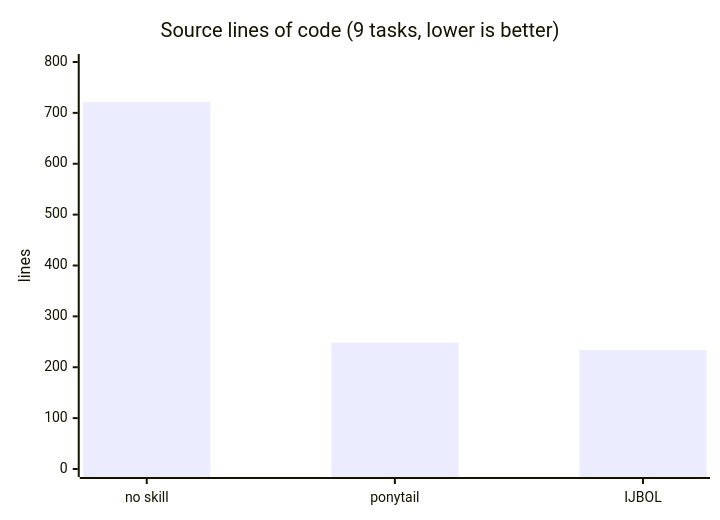
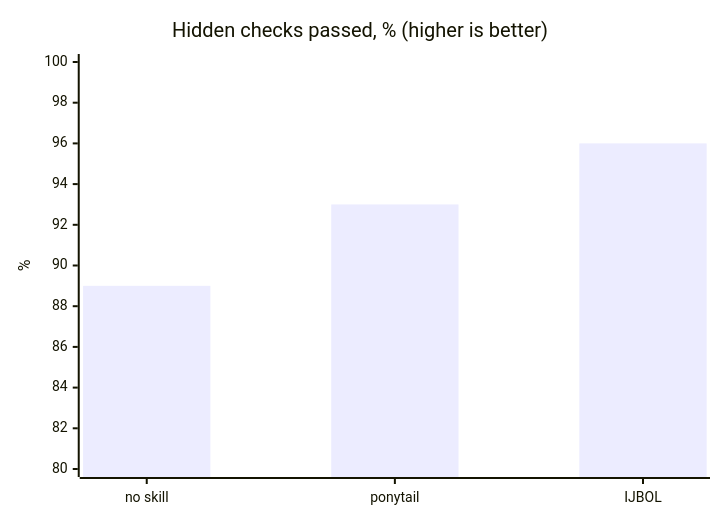
Before and after one commit to froilansam/ijbol: the third of 4 diagrams in README.md, drawn with Mermaid. The commit also changed other lines of this file and 7 other files, not shown here.

````diff
--- a/README.md
+++ b/README.md
@@ -106,7 +111,7 @@
 ```mermaid
 xychart-beta
-    title "Source lines of code (9 tasks, lower is better)"
+    title "Hidden checks passed, % (higher is better)"
     x-axis ["no skill", "ponytail", "IJBOL"]
-    y-axis "lines" 0 --> 800
-    bar [721, 248, 234]
+    y-axis "%" 80 --> 100
+    bar [89, 93, 96]
 ```
````
